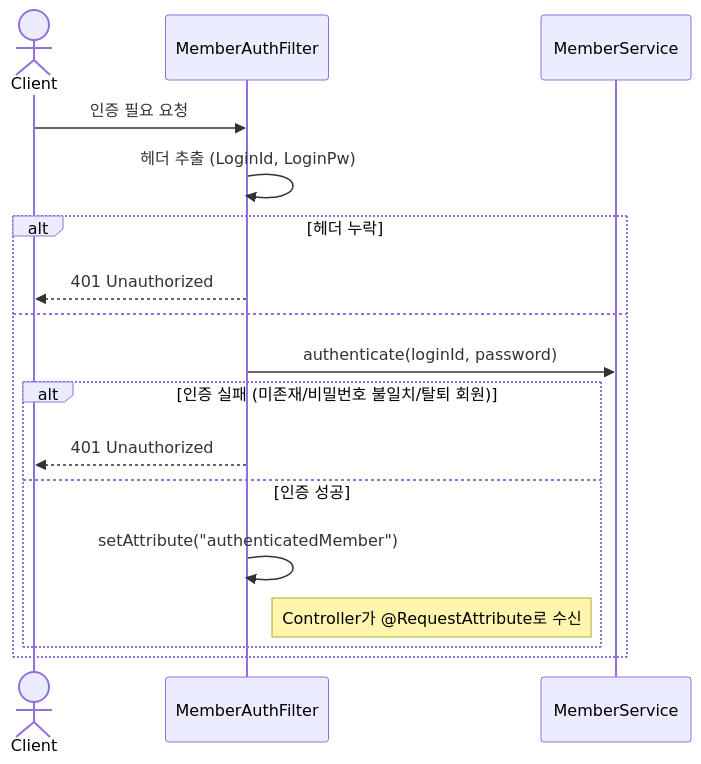
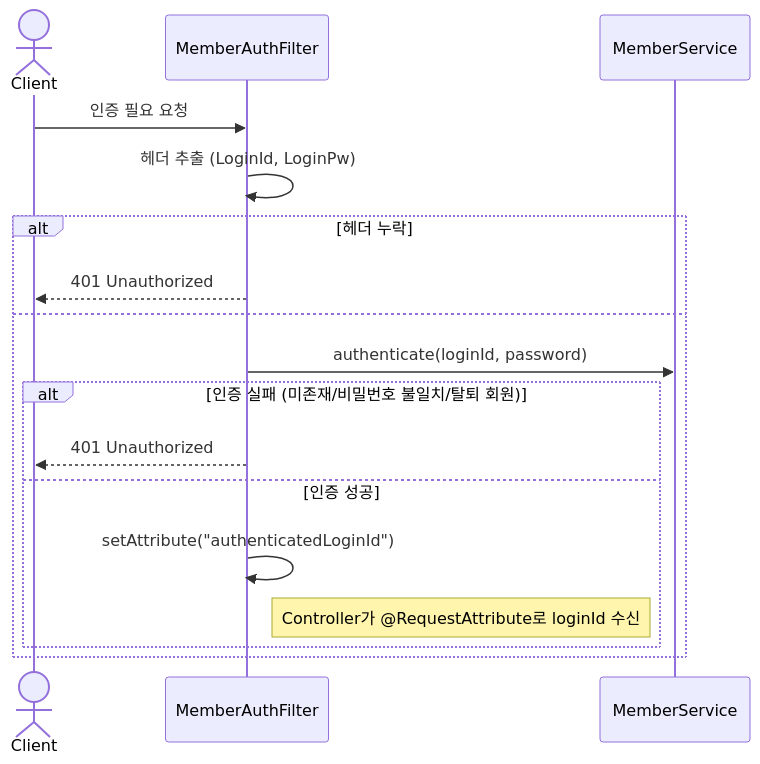
Before and after one commit to juoklee/loop-pack-be-l2-vol3-java: the first of 6 diagrams in docs/design/02-sequence-diagrams.md, drawn with Mermaid. The commit also changed other lines of this file and 3 other files, not shown here.

````diff
--- a/docs/design/02-sequence-diagrams.md
+++ b/docs/design/02-sequence-diagrams.md
@@ -34,22 +34,22 @@
 ```mermaid
 sequenceDiagram
     actor Client
     participant Filter as MemberAuthFilter
     participant MemberService
 
     Client->>Filter: 인증 필요 요청
     Filter->>Filter: 헤더 추출 (LoginId, LoginPw)
 
     alt 헤더 누락
         Filter-->>Client: 401 Unauthorized
     else
         Filter->>MemberService: authenticate(loginId, password)
 
         alt 인증 실패 (미존재/비밀번호 불일치/탈퇴 회원)
             Filter-->>Client: 401 Unauthorized
         else 인증 성공
-            Filter->>Filter: setAttribute("authenticatedMember")
-            Note right of Filter: Controller가 @RequestAttribute로 수신
+            Filter->>Filter: setAttribute("authenticatedLoginId")
+            Note right of Filter: Controller가 @RequestAttribute로 loginId 수신
         end
     end
 ```
````
